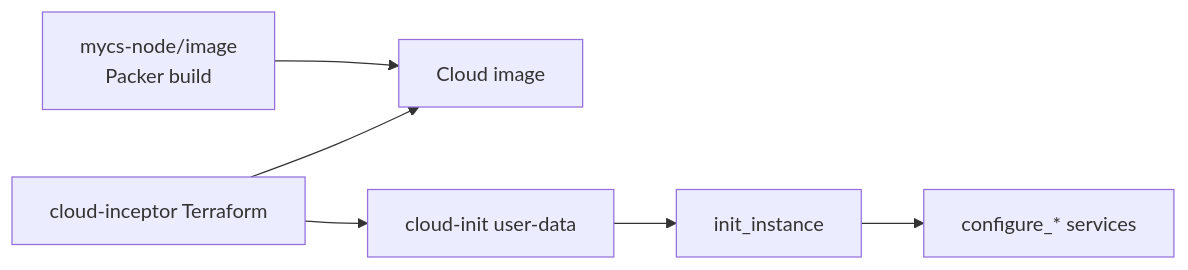
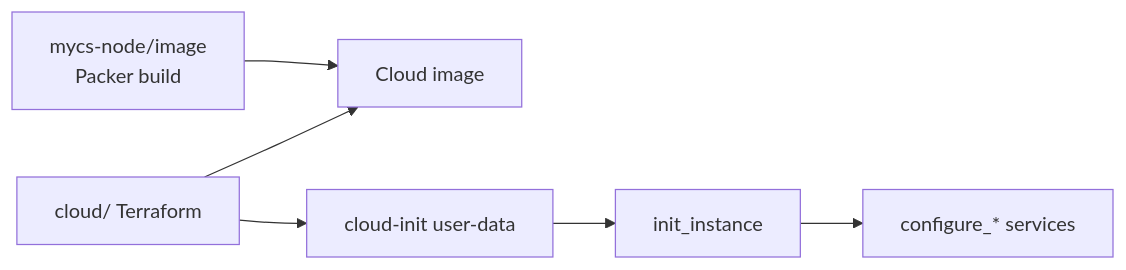
Before and after one commit to novassist-ai/mycs-node: the diagram in image/README.md, drawn with Mermaid. The commit also changed other lines of this file, not shown here.

First line of the commit message:
Update README.md to clarify Terraform module paths for cloud deployments

````diff
--- a/image/README.md
+++ b/image/README.md
@@ -39,8 +39,8 @@
 ```mermaid
 flowchart LR
   BUILD[mycs-node/image<br/>Packer build] --> AMI[Cloud image]
-  TF[cloud-inceptor Terraform] --> AMI
+  TF[cloud/ Terraform] --> AMI
   TF --> CI[cloud-init user-data]
   CI --> INIT[init_instance]
   INIT --> SVC[configure_* services]
 ```
````
